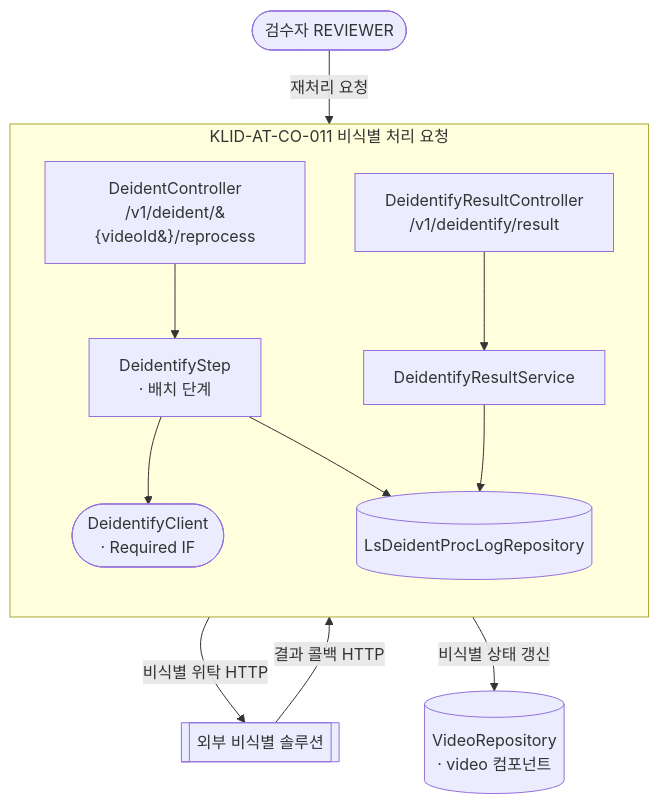
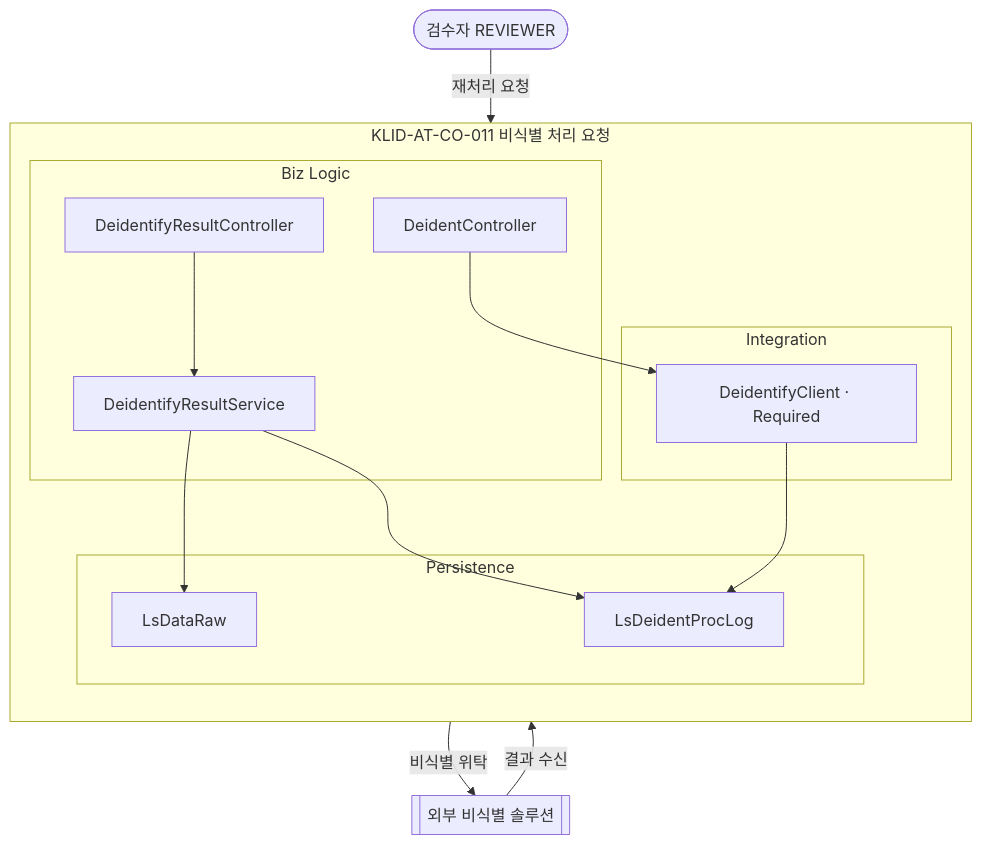
One commit to New-stella/klid-label changed diagram 11 of 13 in docs/design/D3-컴포넌트설계서.md. Above: the diagram before and after it, drawn with Mermaid. The commit also changed other lines of this file and 32 other files, not shown here.

````diff
--- a/docs/design/D3-컴포넌트설계서.md
+++ b/docs/design/D3-컴포넌트설계서.md
@@ -291,24 +352,28 @@
 ```mermaid
 flowchart TD
     REVIEWER([검수자 REVIEWER])
     DEEXT[[외부 비식별 솔루션]]
     subgraph CO011[KLID-AT-CO-011 비식별 처리 요청]
         direction TB
-        DC[DeidentController<br/>/v1/deident/&#123;videoId&#125;/reprocess]
-        DS[DeidentifyStep<br/>· 배치 단계]
-        DRC[DeidentifyResultController<br/>/v1/deidentify/result]
-        DRS[DeidentifyResultService]
-        DC2([DeidentifyClient<br/>· Required IF])
-        LDPL[(LsDeidentProcLogRepository)]
-        DC --> DS
-        DS --> DC2
-        DS --> LDPL
+        subgraph BIZ11[Biz Logic]
+            DC[DeidentController]
+            DRC[DeidentifyResultController]
+            DRS[DeidentifyResultService]
+        end
+        subgraph INT11[Integration]
+            DCL[DeidentifyClient · Required]
+        end
+        subgraph PER11[Persistence]
+            LDR[LsDataRaw]
+            LPL[LsDeidentProcLog]
+        end
+        DC --> DCL
+        DCL --> LPL
         DRC --> DRS
-        DRS --> LDPL
+        DRS --> LPL
+        DRS --> LDR
     end
-    VR[(VideoRepository<br/>· video 컴포넌트)]
     REVIEWER -->|재처리 요청| DC
-    DC2 -->|비식별 위탁 HTTP| DEEXT
-    DEEXT -->|결과 콜백 HTTP| DRC
-    DRS -->|비식별 상태 갱신| VR
+    DCL -->|비식별 위탁| DEEXT
+    DEEXT -->|결과 수신| DRC
 ```
````
